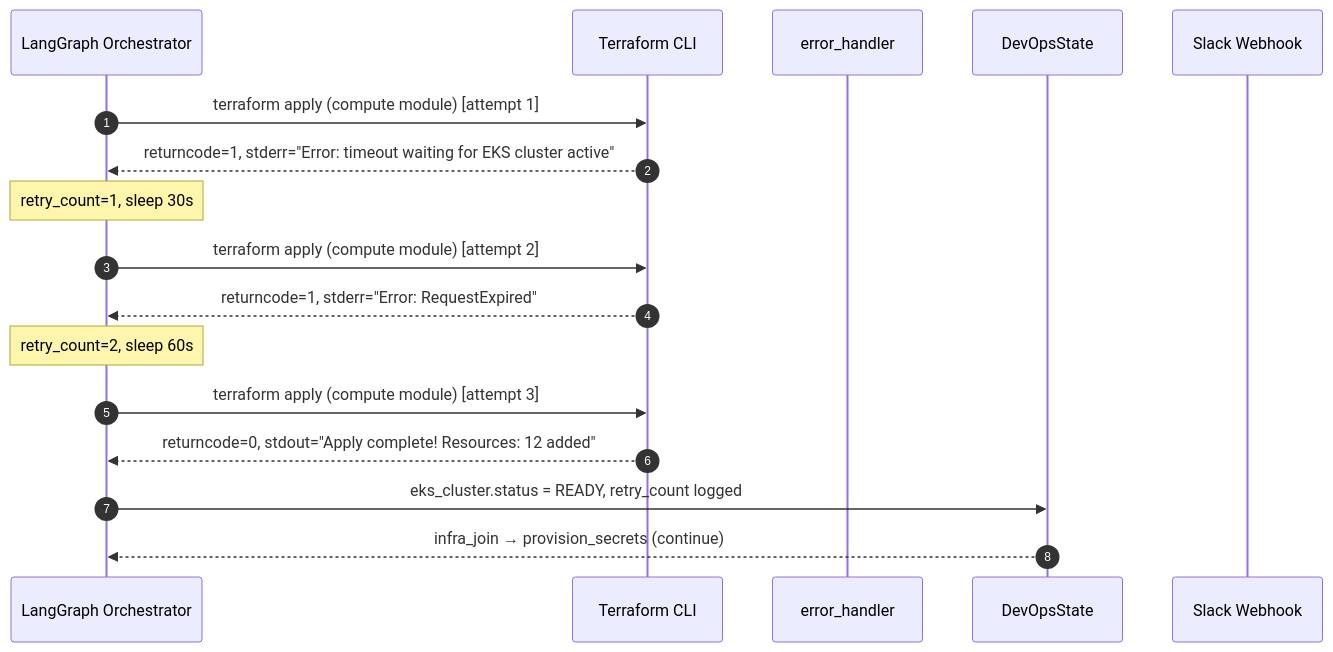
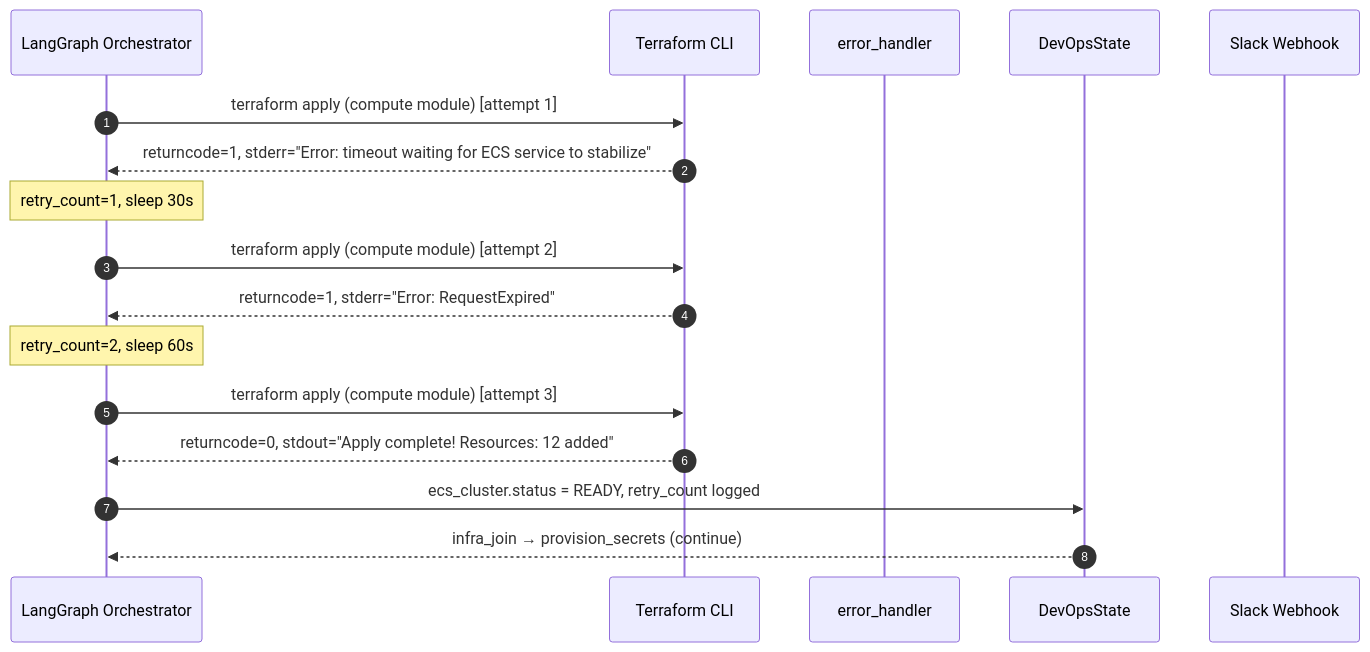
One commit to kaushraj1/AutoFounder changed the second of 5 diagrams in docs/architecture/Agents-Architecture/devops-agent.md. Above: the diagram before and after it, drawn with Mermaid. The commit also changed other lines of this file and 9 other files, not shown here.

First line of the commit message:
refactor(docs): migrate docs/architecture to the canonical stack

````diff
--- a/docs/architecture/Agents-Architecture/devops-agent.md
+++ b/docs/architecture/Agents-Architecture/devops-agent.md
@@ -1584,23 +1596,23 @@
 ```mermaid
 sequenceDiagram
     autonumber
     participant Graph as LangGraph Orchestrator
     participant TF    as Terraform CLI
     participant EH    as error_handler
     participant State as DevOpsState
     participant Slack as Slack Webhook
 
     Graph ->> TF: terraform apply (compute module) [attempt 1]
-    TF -->> Graph: returncode=1, stderr="Error: timeout waiting for EKS cluster active"
+    TF -->> Graph: returncode=1, stderr="Error: timeout waiting for ECS service to stabilize"
 
     Note over Graph: retry_count=1, sleep 30s
     Graph ->> TF: terraform apply (compute module) [attempt 2]
     TF -->> Graph: returncode=1, stderr="Error: RequestExpired"
 
     Note over Graph: retry_count=2, sleep 60s
     Graph ->> TF: terraform apply (compute module) [attempt 3]
     TF -->> Graph: returncode=0, stdout="Apply complete! Resources: 12 added"
 
-    Graph ->> State: eks_cluster.status = READY, retry_count logged
+    Graph ->> State: ecs_cluster.status = READY, retry_count logged
     State -->> Graph: infra_join → provision_secrets (continue)
 ```
````
